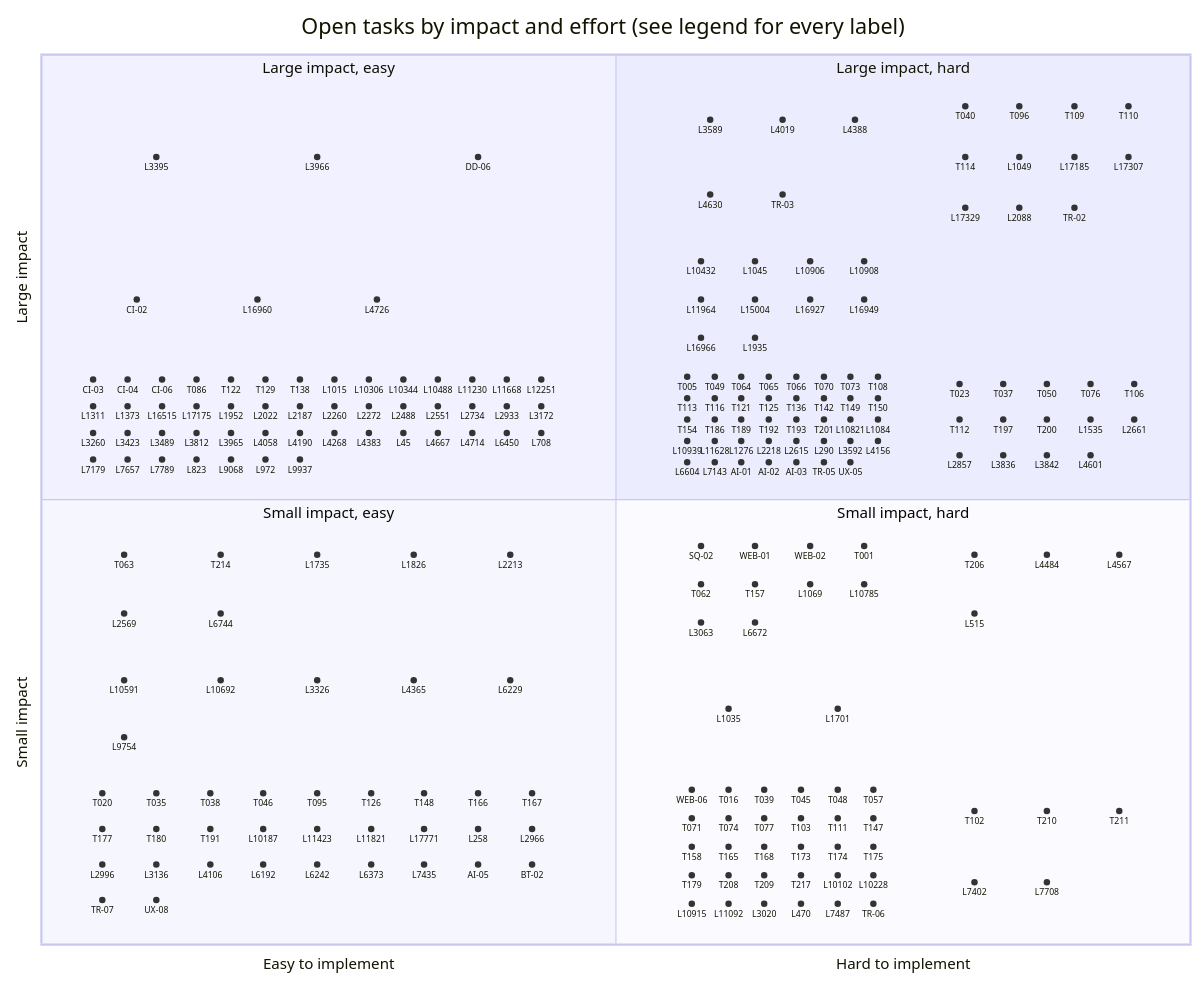
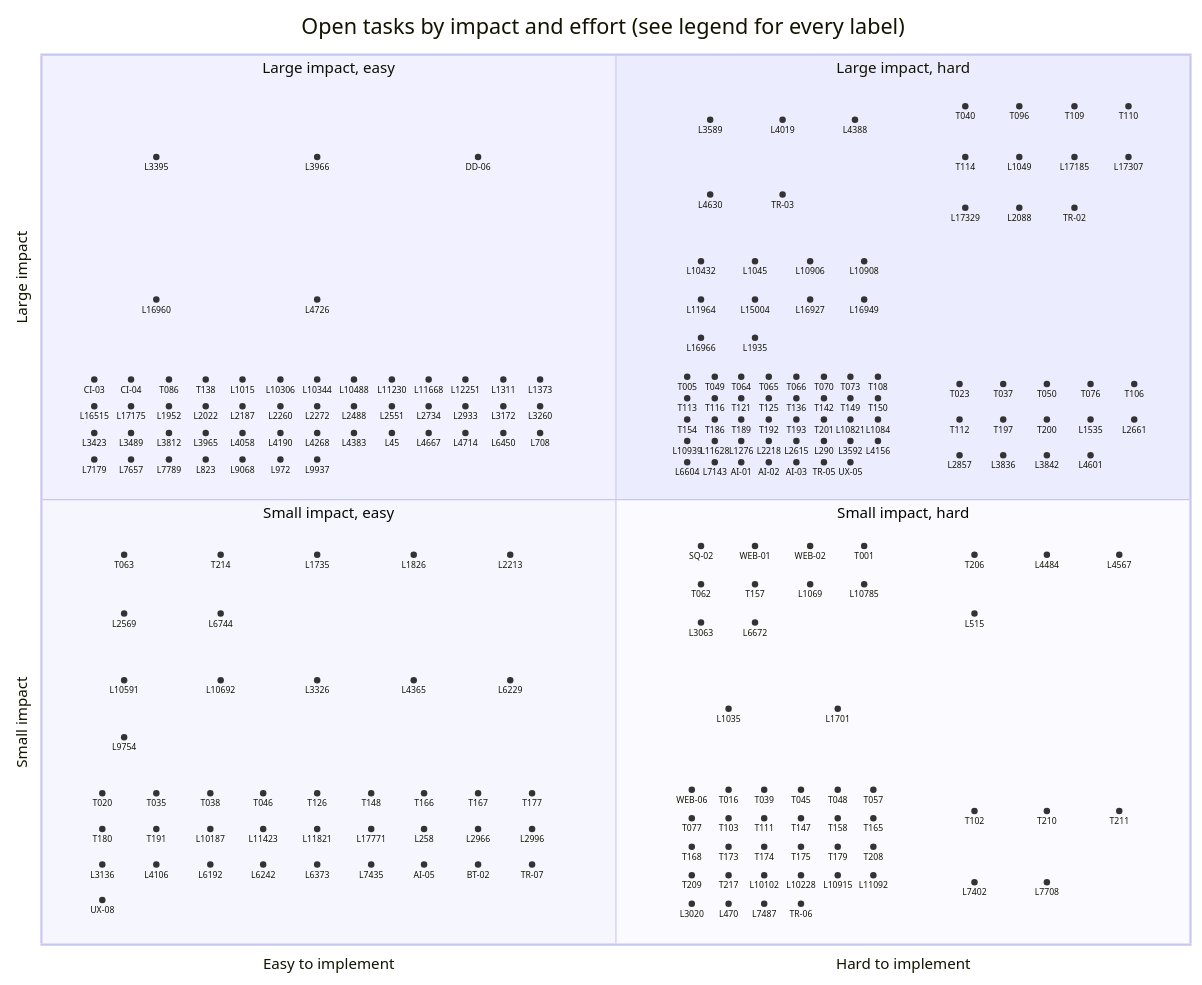
Before and after one commit to falkcorp/audiobook-organizer: the diagram in docs/agent-tasks/todo-completion-2026-09/QUADRANT.md, drawn with Mermaid. The commit also changed other lines of this file and 3 other files, not shown here.

First line of the commit message:
docs(burndown): record T071/T074/T095/T122/T129 and CI-02/06 merges, regenerate charts [skip changelog]

```diff
--- a/docs/agent-tasks/todo-completion-2026-09/QUADRANT.md
+++ b/docs/agent-tasks/todo-completion-2026-09/QUADRANT.md
@@ -56,9 +56,8 @@
     L17329: [0.804, 0.828]
     L2088: [0.851, 0.828]
     TR-02: [0.899, 0.828]
-    CI-02: [0.083, 0.725]
-    L16960: [0.188, 0.725]
-    L4726: [0.292, 0.725]
+    L16960: [0.1, 0.725]
+    L4726: [0.24, 0.725]
     L10432: [0.574, 0.768]
     L1045: [0.621, 0.768]
     L10906: [0.669, 0.768]
@@ -69,55 +68,52 @@
     L16949: [0.716, 0.725]
     L16966: [0.574, 0.682]
     L1935: [0.621, 0.682]
-    CI-03: [0.045, 0.635]
-    CI-04: [0.075, 0.635]
-    CI-06: [0.105, 0.635]
-    T086: [0.135, 0.635]
-    T122: [0.165, 0.635]
-    T129: [0.195, 0.635]
-    T138: [0.225, 0.635]
-    L1015: [0.255, 0.635]
-    L10306: [0.285, 0.635]
-    L10344: [0.315, 0.635]
-    L10488: [0.345, 0.635]
-    L11230: [0.375, 0.635]
-    L11668: [0.405, 0.635]
-    L12251: [0.435, 0.635]
-    L1311: [0.045, 0.605]
-    L1373: [0.075, 0.605]
-    L16515: [0.105, 0.605]
-    L17175: [0.135, 0.605]
-    L1952: [0.165, 0.605]
-    L2022: [0.195, 0.605]
-    L2187: [0.225, 0.605]
-    L2260: [0.255, 0.605]
-    L2272: [0.285, 0.605]
-    L2488: [0.315, 0.605]
-    L2551: [0.345, 0.605]
-    L2734: [0.375, 0.605]
-    L2933: [0.405, 0.605]
-    L3172: [0.435, 0.605]
-    L3260: [0.045, 0.575]
-    L3423: [0.075, 0.575]
-    L3489: [0.105, 0.575]
-    L3812: [0.135, 0.575]
-    L3965: [0.165, 0.575]
-    L4058: [0.195, 0.575]
-    L4190: [0.225, 0.575]
-    L4268: [0.255, 0.575]
-    L4383: [0.285, 0.575]
-    L45: [0.315, 0.575]
-    L4667: [0.345, 0.575]
-    L4714: [0.375, 0.575]
-    L6450: [0.405, 0.575]
-    L708: [0.435, 0.575]
-    L7179: [0.045, 0.545]
-    L7657: [0.075, 0.545]
-    L7789: [0.105, 0.545]
-    L823: [0.135, 0.545]
-    L9068: [0.165, 0.545]
-    L972: [0.195, 0.545]
-    L9937: [0.225, 0.545]
+    CI-03: [0.046, 0.635]
+    CI-04: [0.078, 0.635]
+    T086: [0.111, 0.635]
+    T138: [0.143, 0.635]
+    L1015: [0.175, 0.635]
+    L10306: [0.208, 0.635]
+    L10344: [0.24, 0.635]
+    L10488: [0.272, 0.635]
+    L11230: [0.305, 0.635]
+    L11668: [0.337, 0.635]
+    L12251: [0.369, 0.635]
+    L1311: [0.402, 0.635]
+    L1373: [0.434, 0.635]
+    L16515: [0.046, 0.605]
+    L17175: [0.078, 0.605]
+    L1952: [0.111, 0.605]
+    L2022: [0.143, 0.605]
+    L2187: [0.175, 0.605]
+    L2260: [0.208, 0.605]
+    L2272: [0.24, 0.605]
+    L2488: [0.272, 0.605]
+    L2551: [0.305, 0.605]
+    L2734: [0.337, 0.605]
+    L2933: [0.369, 0.605]
+    L3172: [0.402, 0.605]
+    L3260: [0.434, 0.605]
+    L3423: [0.046, 0.575]
+    L3489: [0.078, 0.575]
+    L3812: [0.111, 0.575]
+    L3965: [0.143, 0.575]
+    L4058: [0.175, 0.575]
+    L4190: [0.208, 0.575]
+    L4268: [0.24, 0.575]
+    L4383: [0.272, 0.575]
+    L45: [0.305, 0.575]
+    L4667: [0.337, 0.575]
+    L4714: [0.369, 0.575]
+    L6450: [0.402, 0.575]
+    L708: [0.434, 0.575]
+    L7179: [0.046, 0.545]
+    L7657: [0.078, 0.545]
+    L7789: [0.111, 0.545]
+    L823: [0.143, 0.545]
+    L9068: [0.175, 0.545]
+    L972: [0.208, 0.545]
+    L9937: [0.24, 0.545]
     T005: [0.562, 0.638]
     T049: [0.586, 0.638]
     T064: [0.609, 0.638]
@@ -205,60 +201,57 @@
     T035: [0.1, 0.17]
     T038: [0.147, 0.17]
     T046: [0.193, 0.17]
-    T095: [0.24, 0.17]
-    T126: [0.287, 0.17]
-    T148: [0.333, 0.17]
-    T166: [0.38, 0.17]
-    T167: [0.427, 0.17]
-    T177: [0.053, 0.13]
-    T180: [0.1, 0.13]
-    T191: [0.147, 0.13]
-    L10187: [0.193, 0.13]
-    L11423: [0.24, 0.13]
-    L11821: [0.287, 0.13]
-    L17771: [0.333, 0.13]
-    L258: [0.38, 0.13]
-    L2966: [0.427, 0.13]
-    L2996: [0.053, 0.09]
-    L3136: [0.1, 0.09]
-    L4106: [0.147, 0.09]
-    L6192: [0.193, 0.09]
-    L6242: [0.24, 0.09]
-    L6373: [0.287, 0.09]
-    L7435: [0.333, 0.09]
-    AI-05: [0.38, 0.09]
-    BT-02: [0.427, 0.09]
-    TR-07: [0.053, 0.05]
-    UX-08: [0.1, 0.05]
+    T126: [0.24, 0.17]
+    T148: [0.287, 0.17]
+    T166: [0.333, 0.17]
+    T167: [0.38, 0.17]
+    T177: [0.427, 0.17]
+    T180: [0.053, 0.13]
+    T191: [0.1, 0.13]
+    L10187: [0.147, 0.13]
+    L11423: [0.193, 0.13]
+    L11821: [0.24, 0.13]
+    L17771: [0.287, 0.13]
+    L258: [0.333, 0.13]
+    L2966: [0.38, 0.13]
+    L2996: [0.427, 0.13]
+    L3136: [0.053, 0.09]
+    L4106: [0.1, 0.09]
+    L6192: [0.147, 0.09]
+    L6242: [0.193, 0.09]
+    L6373: [0.24, 0.09]
+    L7435: [0.287, 0.09]
+    AI-05: [0.333, 0.09]
+    BT-02: [0.38, 0.09]
+    TR-07: [0.427, 0.09]
+    UX-08: [0.053, 0.05]
     T016: [0.598, 0.174]
     T039: [0.629, 0.174]
     T045: [0.661, 0.174]
     T048: [0.693, 0.174]
     T057: [0.724, 0.174]
-    T071: [0.566, 0.142]
-    T074: [0.598, 0.142]
-    T077: [0.629, 0.142]
-    T103: [0.661, 0.142]
-    T111: [0.693, 0.142]
-    T147: [0.724, 0.142]
-    T158: [0.566, 0.11]
-    T165: [0.598, 0.11]
-    T168: [0.629, 0.11]
-    T173: [0.661, 0.11]
-    T174: [0.693, 0.11]
-    T175: [0.724, 0.11]
-    T179: [0.566, 0.078]
-    T208: [0.598, 0.078]
-    T209: [0.629, 0.078]
-    T217: [0.661, 0.078]
-    L10102: [0.693, 0.078]
-    L10228: [0.724, 0.078]
-    L10915: [0.566, 0.046]
-    L11092: [0.598, 0.046]
-    L3020: [0.629, 0.046]
-    L470: [0.661, 0.046]
-    L7487: [0.693, 0.046]
-    TR-06: [0.724, 0.046]
+    T077: [0.566, 0.142]
+    T103: [0.598, 0.142]
+    T111: [0.629, 0.142]
+    T147: [0.661, 0.142]
+    T158: [0.693, 0.142]
+    T165: [0.724, 0.142]
+    T168: [0.566, 0.11]
+    T173: [0.598, 0.11]
+    T174: [0.629, 0.11]
+    T175: [0.661, 0.11]
+    T179: [0.693, 0.11]
+    T208: [0.724, 0.11]
+    T209: [0.566, 0.078]
+    T217: [0.598, 0.078]
+    L10102: [0.629, 0.078]
+    L10228: [0.661, 0.078]
+    L10915: [0.693, 0.078]
+    L11092: [0.724, 0.078]
+    L3020: [0.566, 0.046]
+    L470: [0.598, 0.046]
+    L7487: [0.629, 0.046]
+    TR-06: [0.661, 0.046]
     T102: [0.812, 0.15]
     T210: [0.875, 0.15]
     T211: [0.938, 0.15]
```
